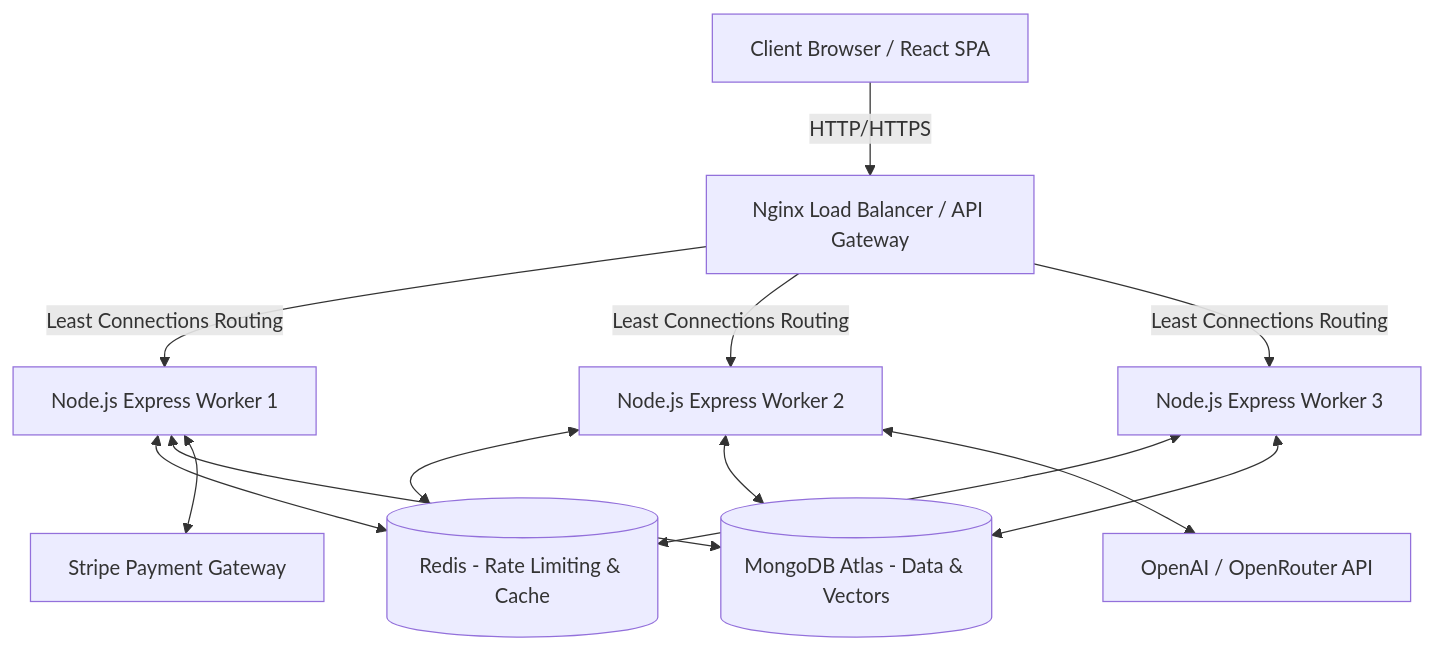
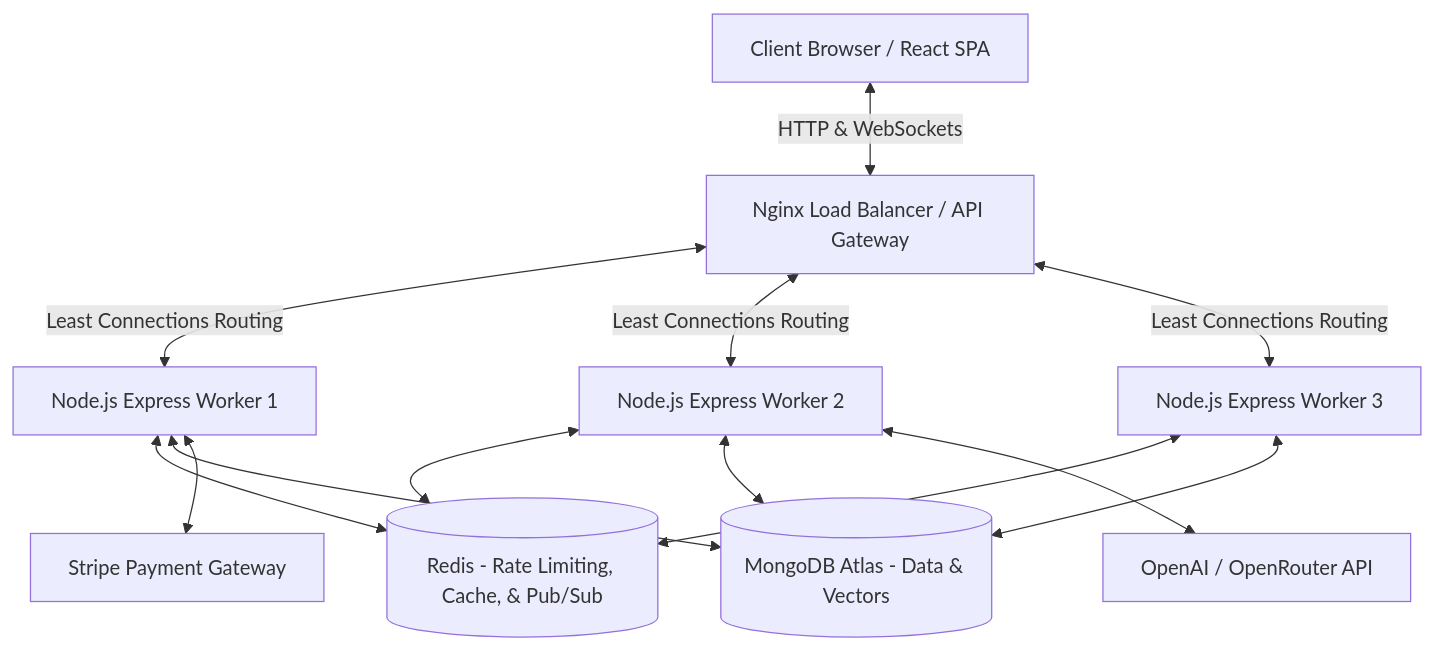
Before and after one commit to Satyam6201/MockMate-AI: the diagram in README.md, drawn with Mermaid. The commit also changed other lines of this file and 15 other files, not shown here.

Commit message:
add real-time WebSockets for live interview updates, resume parsing, and notifications

````diff
--- a/README.md
+++ b/README.md
@@ -99,28 +107,28 @@
 ```mermaid
 graph TD
     Client[Client Browser / React SPA]
     Nginx[Nginx Load Balancer / API Gateway]
     Worker1[Node.js Express Worker 1]
     Worker2[Node.js Express Worker 2]
     Worker3[Node.js Express Worker 3]
-    Redis[(Redis - Rate Limiting & Cache)]
+    Redis[(Redis - Rate Limiting, Cache, & Pub/Sub)]
     Mongo[(MongoDB Atlas - Data & Vectors)]
     Stripe[Stripe Payment Gateway]
     OpenAI[OpenAI / OpenRouter API]
 
-    Client -->|HTTP/HTTPS| Nginx
-    Nginx -->|Least Connections Routing| Worker1
-    Nginx -->|Least Connections Routing| Worker2
-    Nginx -->|Least Connections Routing| Worker3
+    Client <-->|HTTP & WebSockets| Nginx
+    Nginx <-->|Least Connections Routing| Worker1
+    Nginx <-->|Least Connections Routing| Worker2
+    Nginx <-->|Least Connections Routing| Worker3
     
     Worker1 <--> Redis
     Worker2 <--> Redis
     Worker3 <--> Redis
 
     Worker1 <--> Mongo
     Worker2 <--> Mongo
     Worker3 <--> Mongo
 
     Worker1 <--> Stripe
     Worker2 <--> OpenAI
 ```
````
